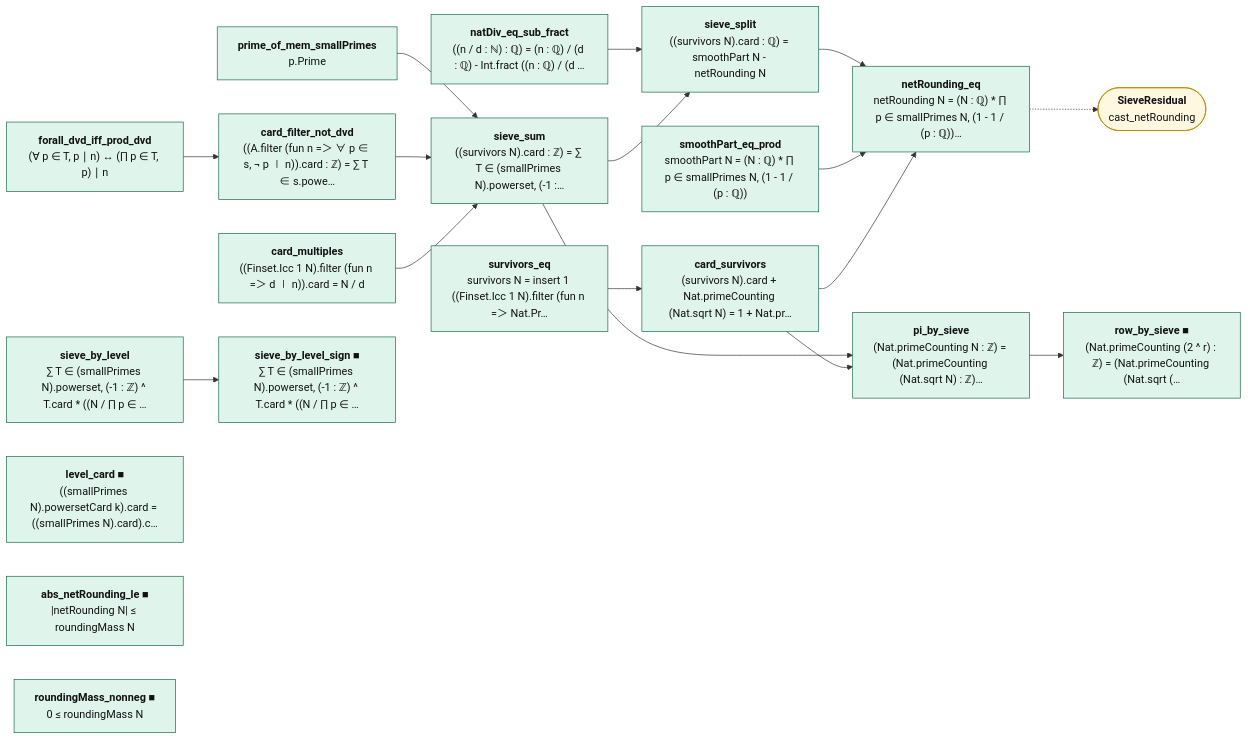
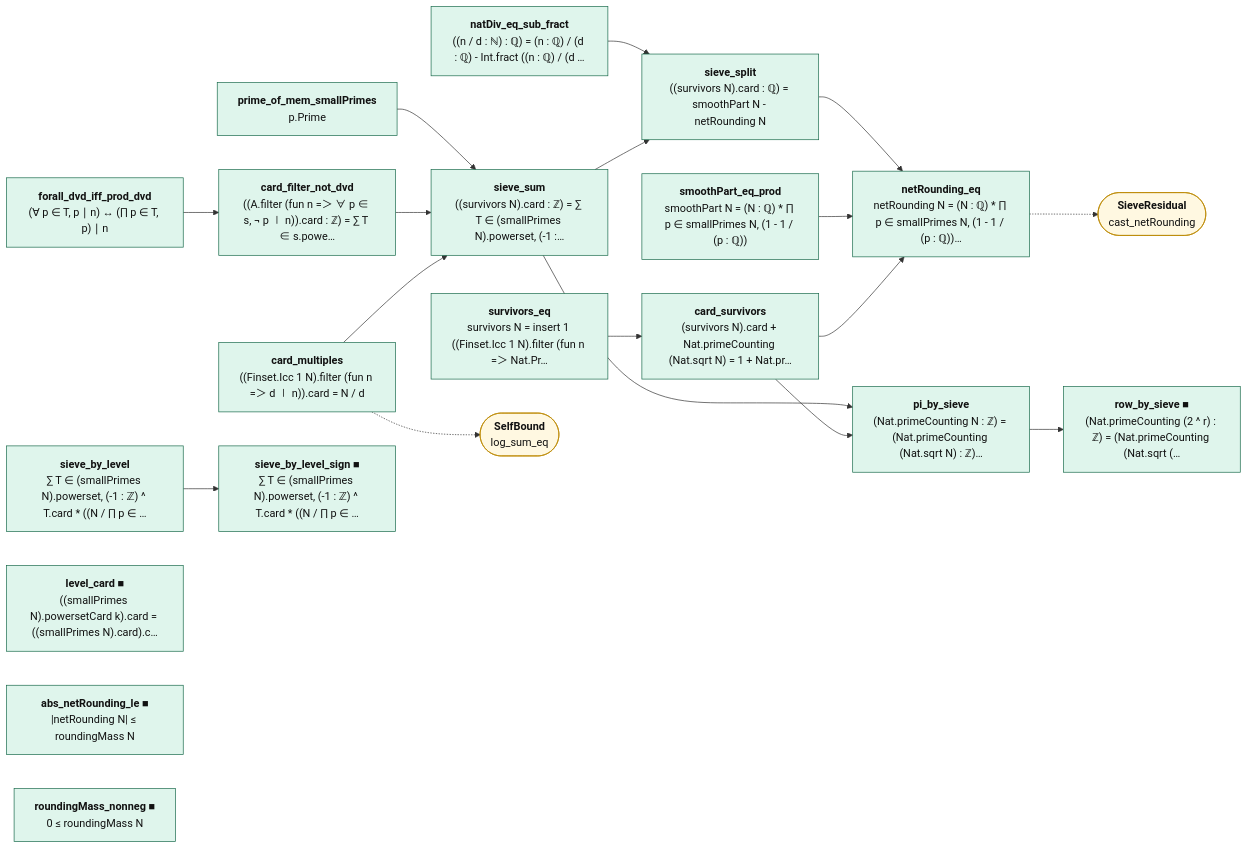
One commit to juliansambranojr/Primebeat_081426 changed the diagram in map/lean_stage3/SieveExact.mmd. Above: the diagram before and after it, drawn with Mermaid. The commit also changed 24 other files, not shown here.

```diff
--- a/map/lean_stage3/SieveExact.mmd
+++ b/map/lean_stage3/SieveExact.mmd
@@ -1,43 +1,45 @@
 flowchart LR
   n0["<b>prime_of_mem_smallPrimes</b><br/>p.Prime"]:::cnt
   n1["<b>forall_dvd_iff_prod_dvd</b><br/>(∀ p ∈ T, p ∣ n) ↔ (∏ p ∈ T, p) ∣ n"]:::cnt
   n2["<b>card_filter_not_dvd</b><br/>((A.filter (fun n =＞ ∀ p ∈ s, ¬ p ∣ n)).card : ℤ) = ∑ T ∈ s.powe…"]:::cnt
   n3["<b>card_multiples</b><br/>((Finset.Icc 1 N).filter (fun n =＞ d ∣ n)).card = N / d"]:::cnt
   n4["<b>sieve_sum</b><br/>((survivors N).card : ℤ) = ∑ T ∈ (smallPrimes N).powerset, (-1 :…"]:::cnt
   n5["<b>survivors_eq</b><br/>survivors N = insert 1 ((Finset.Icc 1 N).filter (fun n =＞ Nat.Pr…"]:::cnt
   n6["<b>card_survivors</b><br/>(survivors N).card + Nat.primeCounting (Nat.sqrt N) = 1 + Nat.pr…"]:::cnt
   n7["<b>pi_by_sieve</b><br/>(Nat.primeCounting N : ℤ) = (Nat.primeCounting (Nat.sqrt N) : ℤ)…"]:::cnt
   n8["<b>row_by_sieve ■</b><br/>(Nat.primeCounting (2 ^ r) : ℤ) = (Nat.primeCounting (Nat.sqrt (…"]:::cnt
   n9["<b>sieve_by_level</b><br/>∑ T ∈ (smallPrimes N).powerset, (-1 : ℤ) ^ T.card * ((N / ∏ p ∈ …"]:::cnt
   n10["<b>sieve_by_level_sign ■</b><br/>∑ T ∈ (smallPrimes N).powerset, (-1 : ℤ) ^ T.card * ((N / ∏ p ∈ …"]:::cnt
   n11["<b>level_card ■</b><br/>((smallPrimes N).powersetCard k).card = ((smallPrimes N).card).c…"]:::cnt
   n12["<b>natDiv_eq_sub_fract</b><br/>((n / d : ℕ) : ℚ) = (n : ℚ) / (d : ℚ) - Int.fract ((n : ℚ) / (d …"]:::cnt
   n13["<b>sieve_split</b><br/>((survivors N).card : ℚ) = smoothPart N - netRounding N"]:::cnt
   n14["<b>smoothPart_eq_prod</b><br/>smoothPart N = (N : ℚ) * ∏ p ∈ smallPrimes N, (1 - 1 / (p : ℚ))"]:::cnt
   n15["<b>abs_netRounding_le ■</b><br/>|netRounding N| ≤ roundingMass N"]:::cnt
   n16["<b>roundingMass_nonneg ■</b><br/>0 ≤ roundingMass N"]:::cnt
   n17["<b>netRounding_eq</b><br/>netRounding N = (N : ℚ) * ∏ p ∈ smallPrimes N, (1 - 1 / (p : ℚ))…"]:::cnt
-  x0(["<b>SieveResidual</b><br/>cast_netRounding"]):::ext
+  x0(["<b>SelfBound</b><br/>log_sum_eq"]):::ext
+  x1(["<b>SieveResidual</b><br/>cast_netRounding"]):::ext
   n0 --> n4
   n1 --> n2
   n12 --> n13
   n13 --> n17
   n14 --> n17
   n2 --> n4
   n3 --> n4
   n4 --> n13
   n4 --> n7
   n5 --> n6
   n6 --> n17
   n6 --> n7
   n7 --> n8
   n9 --> n10
-  n17 -.-> x0
+  n17 -.-> x1
+  n3 -.-> x0
   classDef cnt fill:#dff5ec,stroke:#17694a,color:#111
   classDef shp fill:#f1ecfb,stroke:#5b3fa0,color:#111
   classDef rh fill:#ffe5e5,stroke:#c22,color:#111,stroke-width:2px
   classDef thm fill:#eef4ff,stroke:#335,color:#111
   classDef end_ fill:#e7f7e7,stroke:#2a7,color:#111,stroke-width:2px
   classDef lone fill:#fff,stroke:#999,color:#111,stroke-dasharray:4 3
   classDef bad fill:#ffe5e5,stroke:#c22,color:#111,stroke-width:2px
   classDef ext fill:#fff8e1,stroke:#b80,color:#111
```
